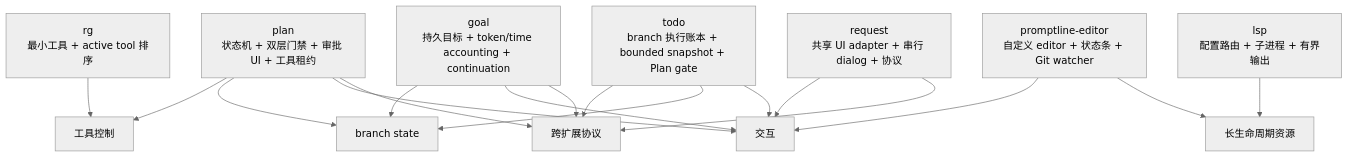
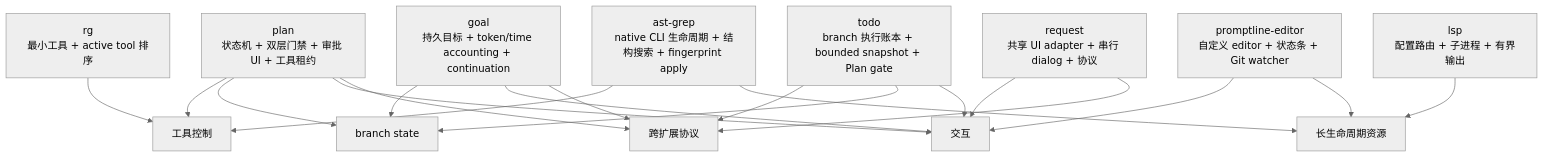
One commit to jaronic/pi-extensions changed diagram 19 of 19 in docs/design/04-extension-system.md. Above: the diagram before and after it, drawn with Mermaid (neutral theme). The commit also changed other lines of this file and 59 other files, not shown here.

Commit message:
feat: add production ast-grep extension

````diff
--- a/docs/design/04-extension-system.md
+++ b/docs/design/04-extension-system.md
@@ -469,27 +469,30 @@
 ```mermaid
 flowchart TB
     RG[rg<br/>最小工具 + active tool 排序]
     Plan[plan<br/>状态机 + 双层门禁 + 审批 UI + 工具租约]
     Goal[goal<br/>持久目标 + token/time accounting + continuation]
     LSP[lsp<br/>配置路由 + 子进程 + 有界输出]
+    AstGrep[ast-grep<br/>native CLI 生命周期 + 结构搜索 + fingerprint apply]
     Request[request<br/>共享 UI adapter + 串行 dialog + 协议]
     Todo[todo<br/>branch 执行账本 + bounded snapshot + Plan gate]
     Promptline[promptline-editor<br/>自定义 editor + 状态条 + Git watcher]
 
     RG --> Tools[工具控制]
     Plan --> Tools
+    AstGrep --> Tools
     Plan --> State[branch state]
     Goal --> State
     Plan --> UI[交互]
     Goal --> UI
     Request --> UI
     Promptline --> UI
     LSP --> Resource[长生命周期资源]
+    AstGrep --> Resource
     Promptline --> Resource
     Plan --> Protocol[跨扩展协议]
     Goal --> Protocol
     Request --> Protocol
     Todo --> Protocol
     Todo --> State
     Todo --> UI
 ```
````
